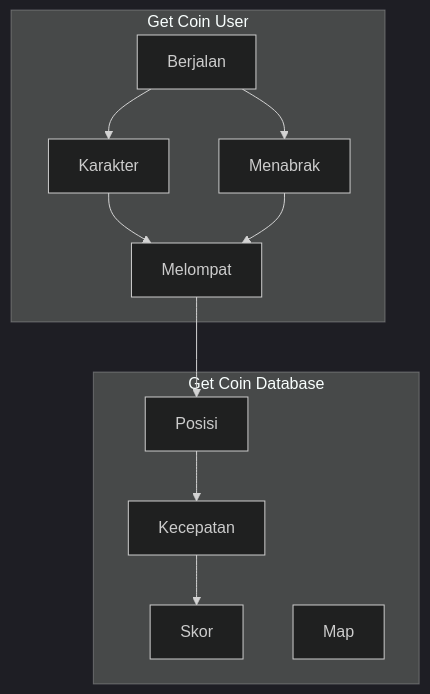
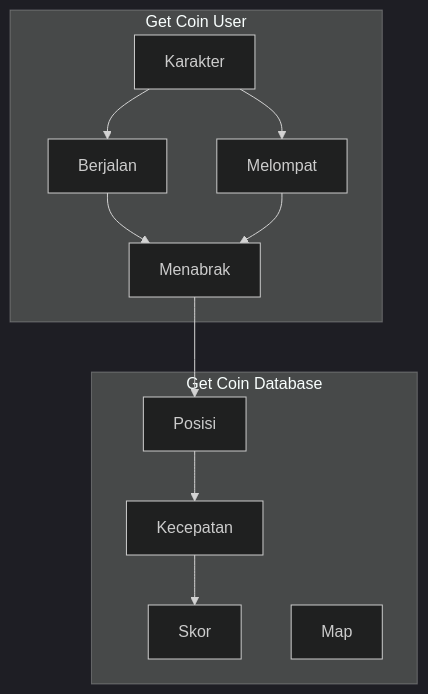
The diagram in Tugas PDP.md (disyyy/PI-dan-PDP), drawn with Mermaid (dark theme) before and after one commit.

Commit message:
Update Tugas PDP.md

````diff
--- a/Tugas PDP.md
+++ b/Tugas PDP.md
@@ -27,25 +27,25 @@
 ```mermaid
 graph TD
     subgraph Get Coin User
-        A[Karakter]
-        B[Melompat]
-        C[Berjalan]
-        D[Menabrak]
+        A[Berjalan]
+        B[Menabrak]
+        C[Karakter]
+        D[Melompat]
     end
 
 
     subgraph Get Coin Database
         E[Posisi]
         F[Kecepatan]
         G[Skor]
         H[Map]
     end
 
     A --> B
     B --> E
     C --> A
     C --> D
     D --> B
     E --> F --> G
 
 ```
````
